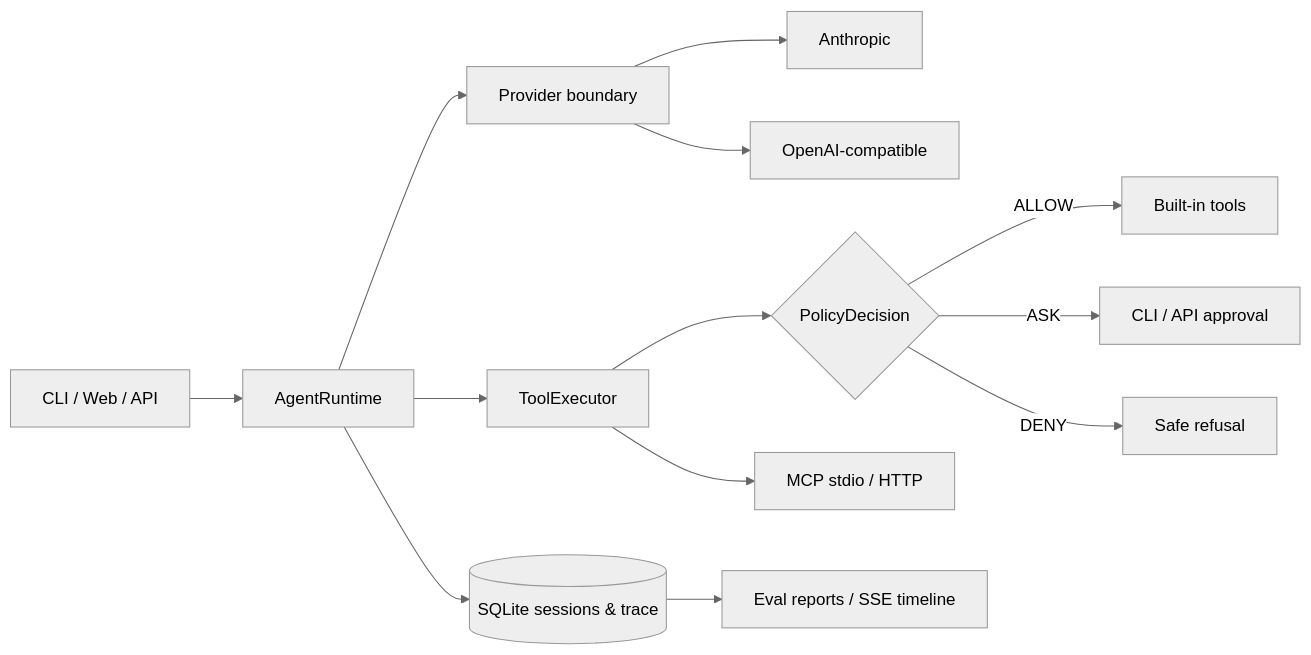
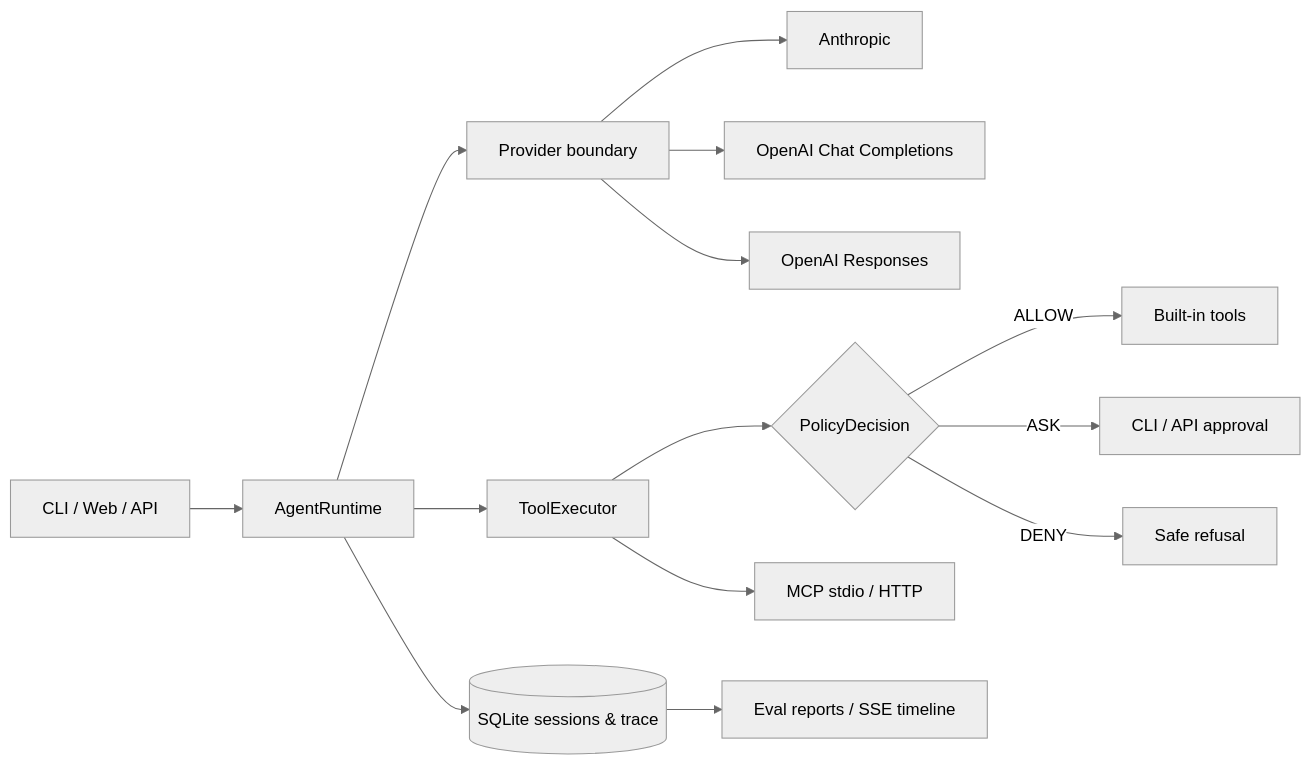
Before and after one commit to Zesadv7/eventide: the diagram in README.en.md, drawn with Mermaid (neutral theme). The commit also changed other lines of this file and 25 other files, not shown here.

````diff
--- a/README.en.md
+++ b/README.en.md
@@ -23,15 +23,16 @@
 ```mermaid
 flowchart LR
     U[CLI / Web / API] --> R[AgentRuntime]
     R --> P[Provider boundary]
     P --> A[Anthropic]
-    P --> O[OpenAI-compatible]
+    P --> O[OpenAI Chat Completions]
+    P --> V[OpenAI Responses]
     R --> X[ToolExecutor]
     X --> G{PolicyDecision}
     G -->|ALLOW| T[Built-in tools]
     G -->|ASK| Q[CLI / API approval]
     G -->|DENY| D[Safe refusal]
     X --> M[MCP stdio / HTTP]
     R --> S[(SQLite sessions & trace)]
     S --> E[Eval reports / SSE timeline]
 ```
````
